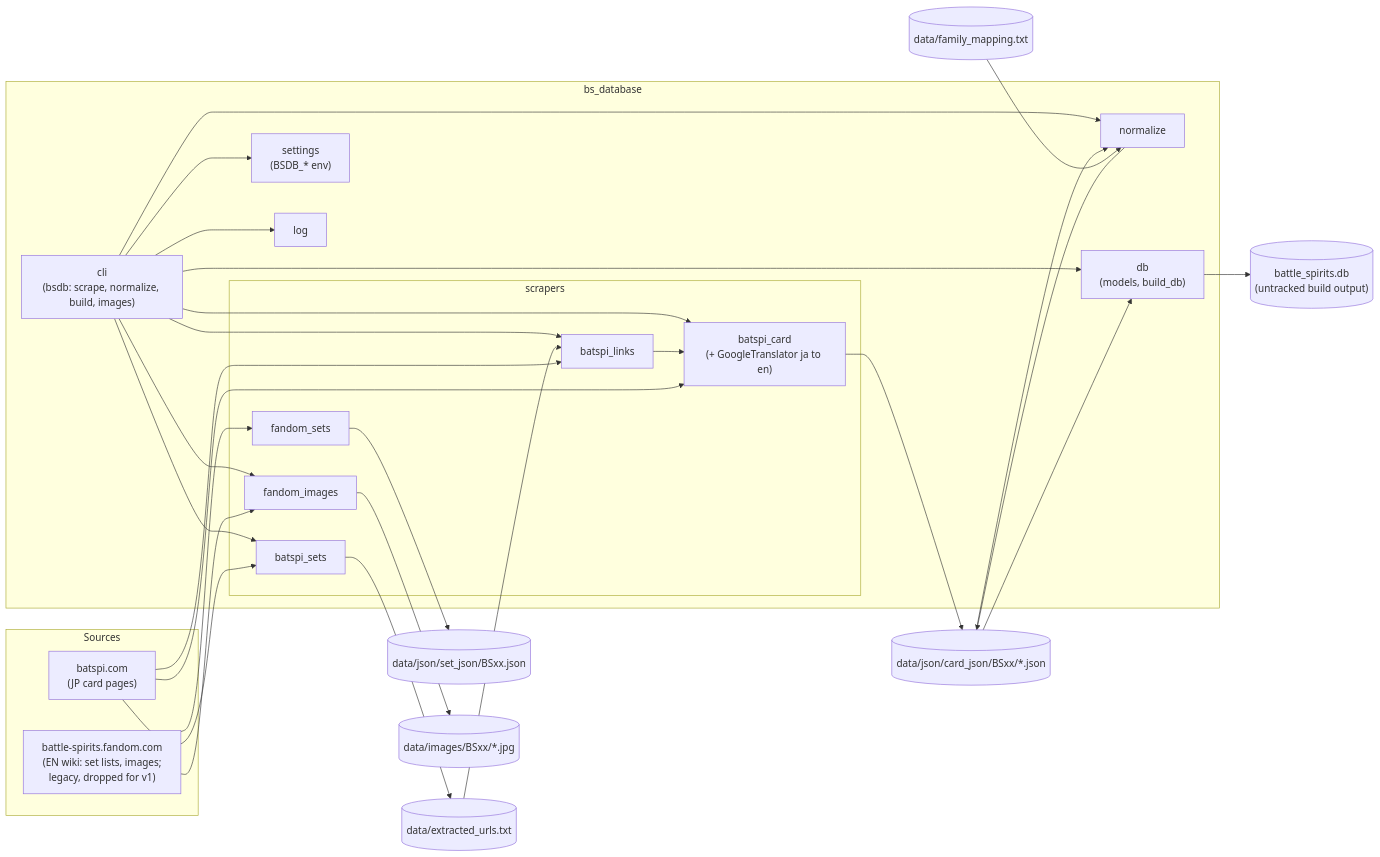
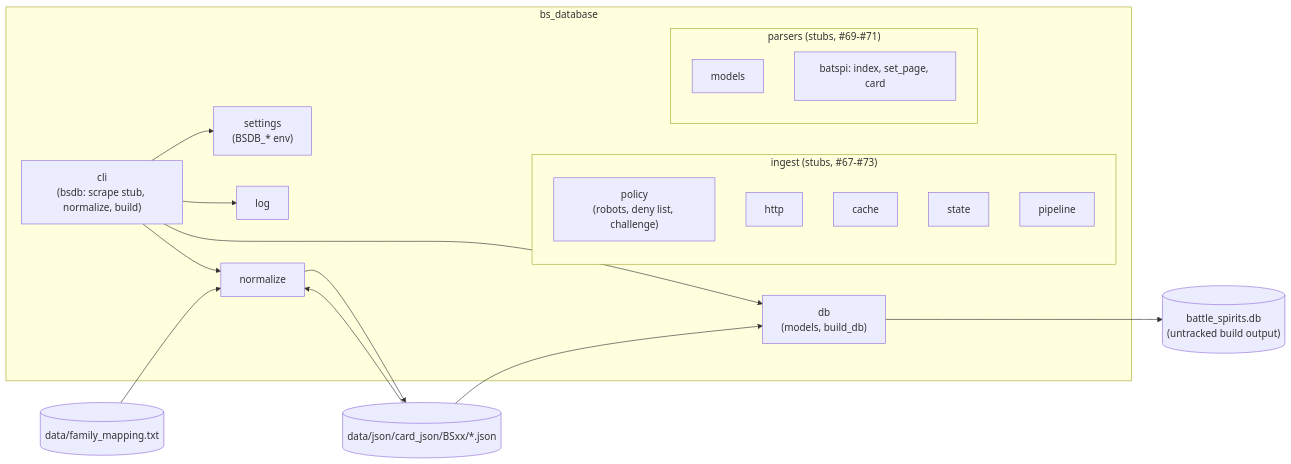
Before and after one commit to AleFire99/BS_Database: the first of 3 diagrams in docs/architecture/overview.md, drawn with Mermaid. The commit also changed other lines of this file and 8 other files, not shown here.

First line of the commit message:
docs(architecture): reflect ingestion layout and removed scrapers

````diff
--- a/docs/architecture/overview.md
+++ b/docs/architecture/overview.md
@@ -7,49 +7,35 @@
 ```mermaid
 flowchart LR
-    subgraph Sources
-        WIKI["battle-spirits.fandom.com<br/>(EN wiki: set lists, images;<br/>legacy, dropped for v1)"]
-        BAT["batspi.com<br/>(JP card pages)"]
-    end
-
     subgraph bs_database
-        CLI["cli<br/>(bsdb: scrape, normalize, build, images)"]
+        CLI["cli<br/>(bsdb: scrape stub, normalize, build)"]
         SET["settings<br/>(BSDB_* env)"]
         LOG["log"]
-        subgraph scrapers
-            BSETS["batspi_sets"]
-            BLINKS["batspi_links"]
-            BCARD["batspi_card<br/>(+ GoogleTranslator ja to en)"]
-            FSETS["fandom_sets"]
-            FIMG["fandom_images"]
+        subgraph ingest["ingest (stubs, #67-#73)"]
+            POL["policy<br/>(robots, deny list, challenge)"]
+            HTTP["http"]
+            CACHE["cache"]
+            STATE["state"]
+            PIPE["pipeline"]
+        end
+        subgraph parsers["parsers (stubs, #69-#71)"]
+            MODELS["models"]
+            BPARSE["batspi: index, set_page, card"]
         end
         NORM["normalize"]
         DBM["db<br/>(models, build_db)"]
     end
 
-    URLS[("data/extracted_urls.txt")]
     CJ[("data/json/card_json/BSxx/*.json")]
-    SJ[("data/json/set_json/BSxx.json")]
     FM[("data/family_mapping.txt")]
     DB[("battle_spirits.db<br/>(untracked build output)")]
-    IMG[("data/images/BSxx/*.jpg")]
 
     CLI --> SET
     CLI --> LOG
-    CLI --> BSETS
-    CLI --> BLINKS
-    CLI --> BCARD
-    CLI --> FIMG
     CLI --> NORM
     CLI --> DBM
 
-    BAT --> BSETS --> URLS
-    URLS --> BLINKS
-    BAT --> BLINKS --> BCARD
-    BAT --> BCARD --> CJ
-    WIKI --> FSETS --> SJ
-    WIKI --> FIMG --> IMG
     CJ --> NORM
     FM --> NORM
     NORM --> CJ
     CJ --> DBM --> DB
 ```
````
